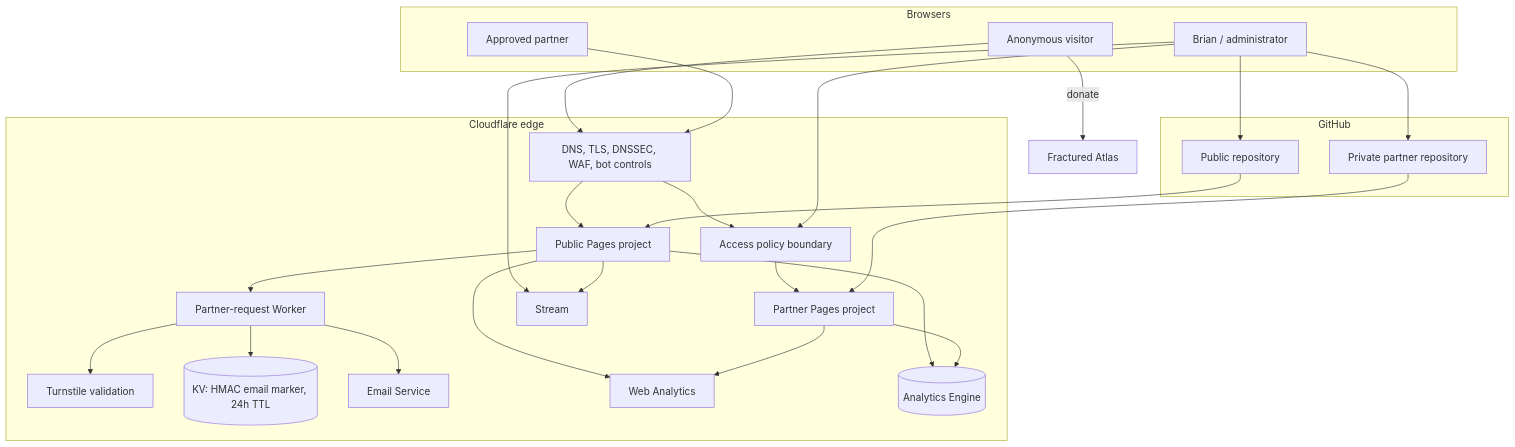
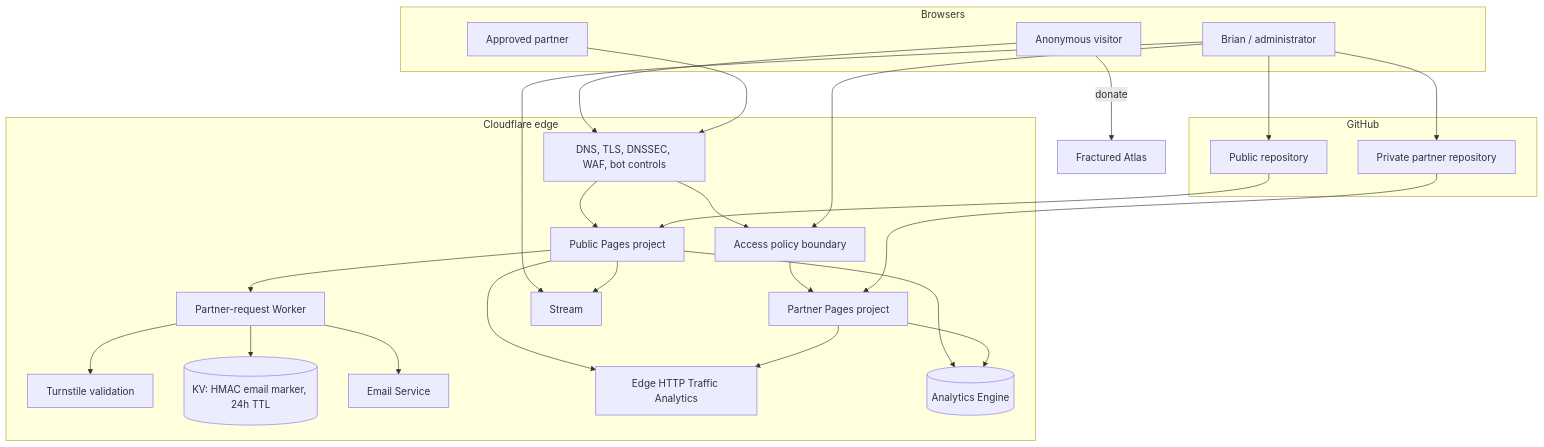
One commit to correliussaga/correlius-site changed the first of 4 diagrams in docs/design/02-architecture.md. Above: the diagram before and after it, drawn with Mermaid. The commit also changed other lines of this file and 26 other files, not shown here.

````diff
--- a/docs/design/02-architecture.md
+++ b/docs/design/02-architecture.md
@@ -30,46 +30,46 @@
 ```mermaid
 flowchart TB
   subgraph Browsers
     V[Anonymous visitor]
     P[Approved partner]
     A[Brian / administrator]
   end
 
   subgraph GitHub
     GR1[Public repository]
     GR2[Private partner repository]
   end
 
   subgraph CloudflareEdge[Cloudflare edge]
     DNS[DNS, TLS, DNSSEC, WAF, bot controls]
     PUB[Public Pages project]
     ACC[Access policy boundary]
     PART[Partner Pages project]
     FW[Partner-request Worker]
     TS[Turnstile validation]
     KV[(KV: HMAC email marker, 24h TTL)]
     ES[Email Service]
-    WA[Web Analytics]
+    ETA[Edge HTTP Traffic Analytics]
     AE[(Analytics Engine)]
     ST[Stream]
   end
 
   V --> DNS --> PUB
   P --> DNS --> ACC --> PART
   GR1 --> PUB
   GR2 --> PART
   A --> GR1
   A --> GR2
   A --> ACC
   A --> ST
   PUB --> ST
   PUB --> FW
   FW --> TS
   FW --> KV
   FW --> ES
-  PUB --> WA
-  PART --> WA
+  PUB --> ETA
+  PART --> ETA
   PUB --> AE
   PART --> AE
   V -->|donate| FA[Fractured Atlas]
 ```
````
